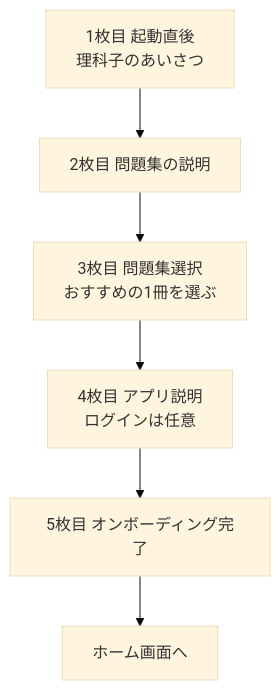
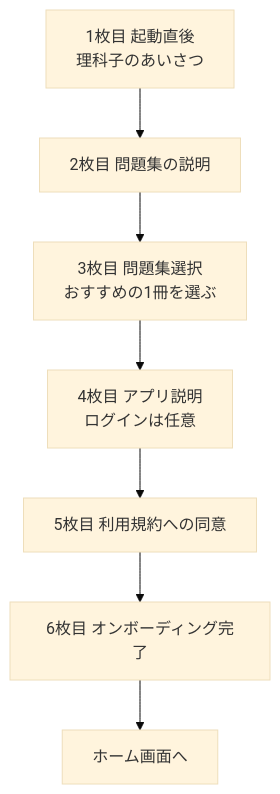
One commit to takoikatakotako/rikako changed the diagram in docs/ios/onboarding.md. Above: the diagram before and after it, drawn with Mermaid (base theme). The commit also changed other lines of this file and 15 other files, not shown here.

Commit message:
Refine onboarding flow and docs screenshots

````diff
--- a/docs/ios/onboarding.md
+++ b/docs/ios/onboarding.md
@@ -21,8 +22,9 @@
 ```mermaid
 flowchart TD
     A[1枚目 起動直後<br/>理科子のあいさつ] --> B[2枚目 問題集の説明]
     B --> C[3枚目 問題集選択<br/>おすすめの1冊を選ぶ]
     C --> D[4枚目 アプリ説明<br/>ログインは任意]
-    D --> E[5枚目 オンボーディング完了]
-    E --> F[ホーム画面へ]
+    D --> E[5枚目 利用規約への同意]
+    E --> F[6枚目 オンボーディング完了]
+    F --> G[ホーム画面へ]
 ```
````
